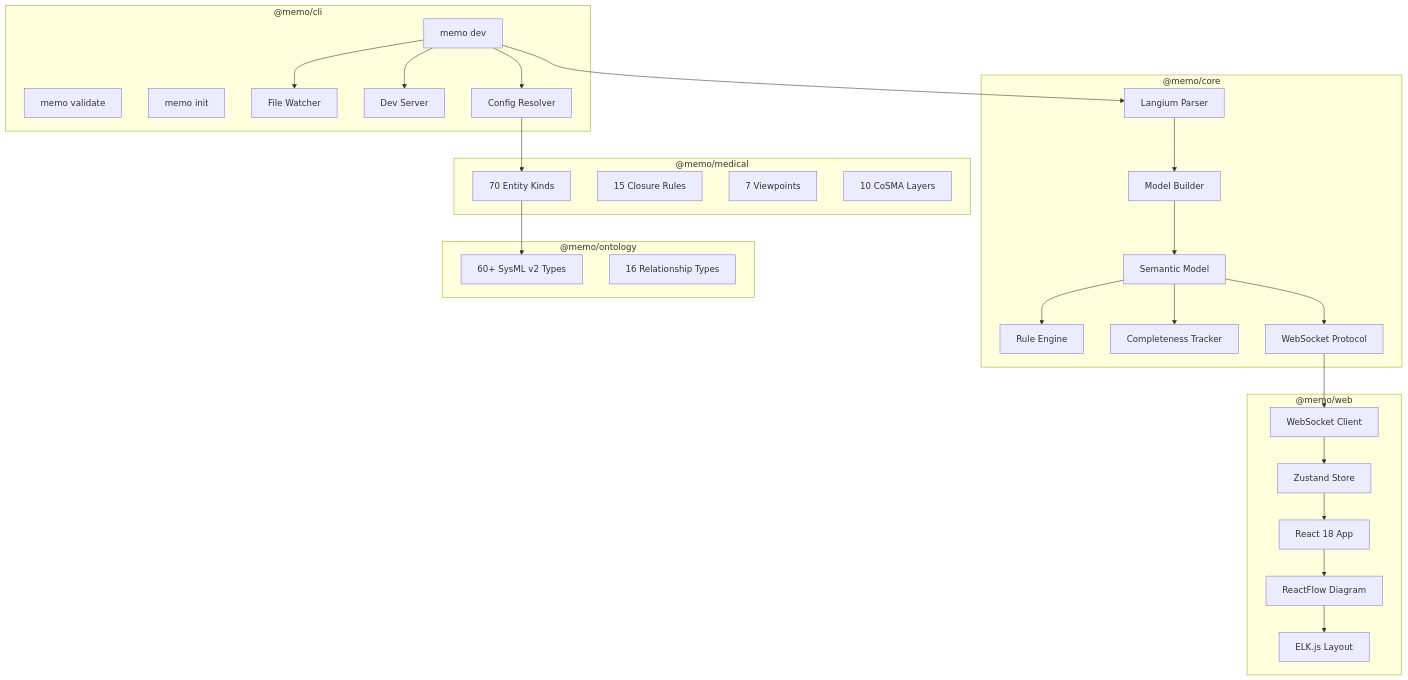
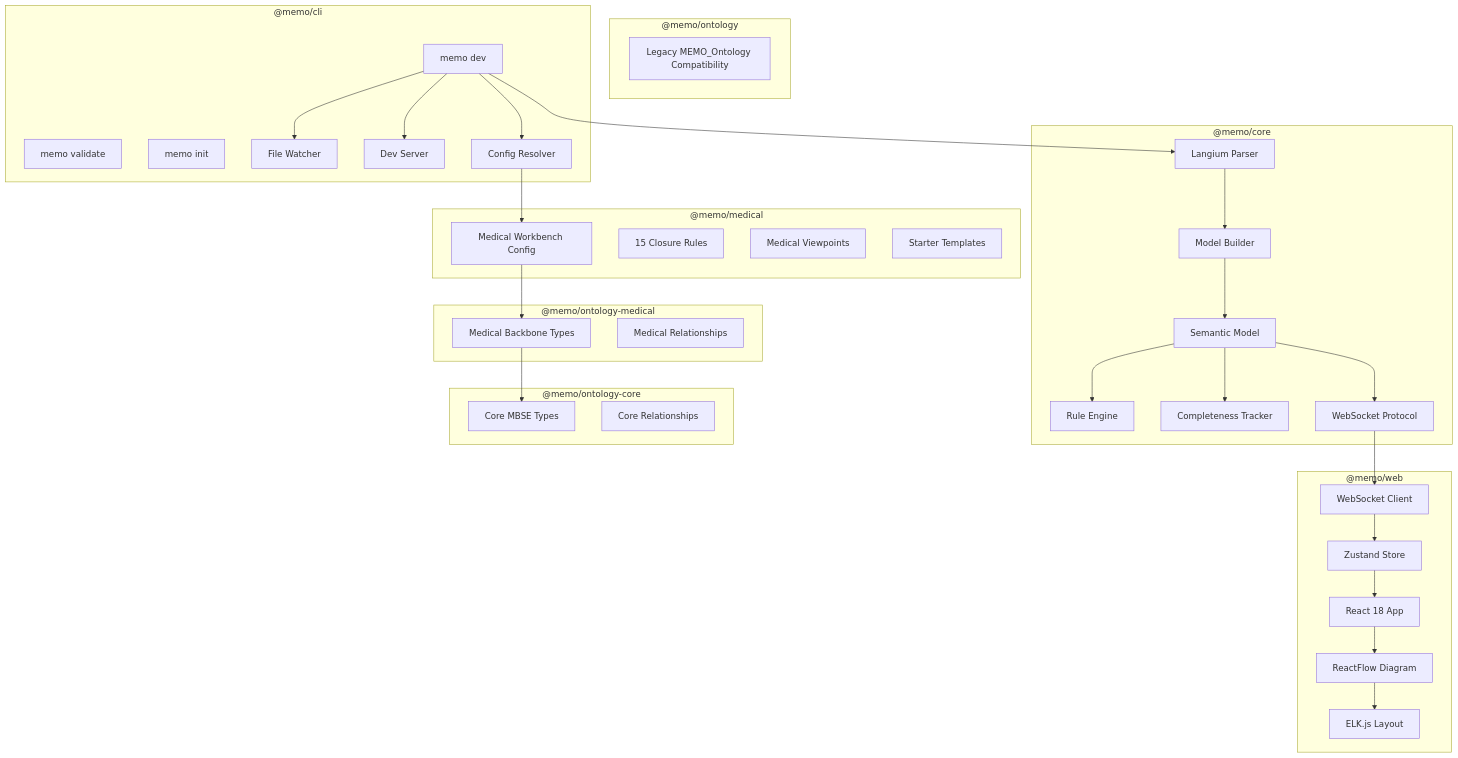
Before and after one commit to memoarchitect/memo-architect: the second of 2 diagrams in docs/architecture/overview.md, drawn with Mermaid. The commit also changed other lines of this file and 4 other files, not shown here.

Commit message:
Mark legacy ontology as compatibility package

````diff
--- a/docs/architecture/overview.md
+++ b/docs/architecture/overview.md
@@ -21,59 +21,69 @@
 ```mermaid
 graph TD
     subgraph "@memo/core"
         Parser[Langium Parser]
         Builder[Model Builder]
         Validator[Rule Engine]
         Completeness[Completeness Tracker]
         Semantic[Semantic Model]
         Protocol[WebSocket Protocol]
     end
 
+    subgraph "@memo/ontology-core"
+        CoreTypes[Core MBSE Types]
+        CoreRels[Core Relationships]
+    end
+
+    subgraph "@memo/ontology-medical"
+        MedTypes[Medical Backbone Types]
+        MedRels[Medical Relationships]
+    end
+
     subgraph "@memo/ontology"
-        Types[60+ SysML v2 Types]
-        Rels[16 Relationship Types]
+        Compat[Legacy MEMO_Ontology Compatibility]
     end
 
     subgraph "@memo/medical"
-        MedConfig[70 Entity Kinds]
+        MedConfig[Medical Workbench Config]
         Rules[15 Closure Rules]
-        Viewpoints[7 Viewpoints]
-        Layers[10 CoSMA Layers]
+        Viewpoints[Medical Viewpoints]
+        Templates[Starter Templates]
     end
 
     subgraph "@memo/cli"
         DevCmd[memo dev]
         ValidateCmd[memo validate]
         InitCmd[memo init]
         FileWatcher[File Watcher]
         DevServer[Dev Server]
         ConfigResolver[Config Resolver]
     end
 
     subgraph "@memo/web"
         React[React 18 App]
         ReactFlow[ReactFlow Diagram]
         ELK[ELK.js Layout]
         Zustand[Zustand Store]
         WS[WebSocket Client]
     end
 
     Parser --> Builder
     Builder --> Semantic
     Semantic --> Validator
     Semantic --> Completeness
     Semantic --> Protocol
 
     DevCmd --> Parser
     DevCmd --> ConfigResolver
     DevCmd --> DevServer
     DevCmd --> FileWatcher
     ConfigResolver --> MedConfig
-    MedConfig --> Types
+    MedConfig --> MedTypes
+    MedTypes --> CoreTypes
 
     Protocol --> WS
     WS --> Zustand
     Zustand --> React
     React --> ReactFlow
     ReactFlow --> ELK
 ```
````
